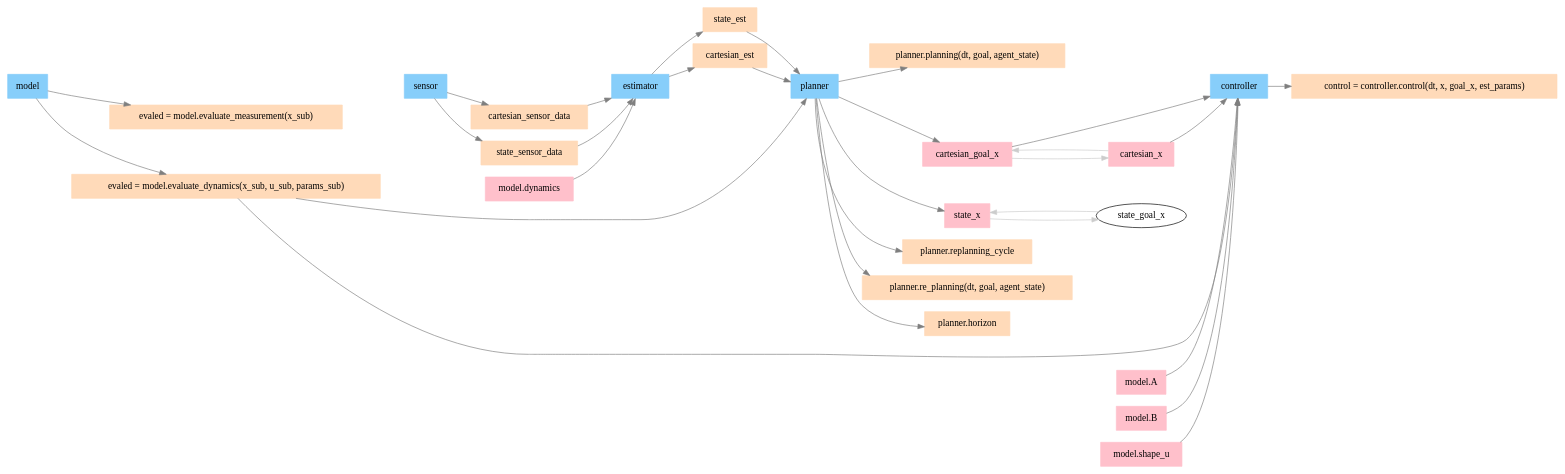
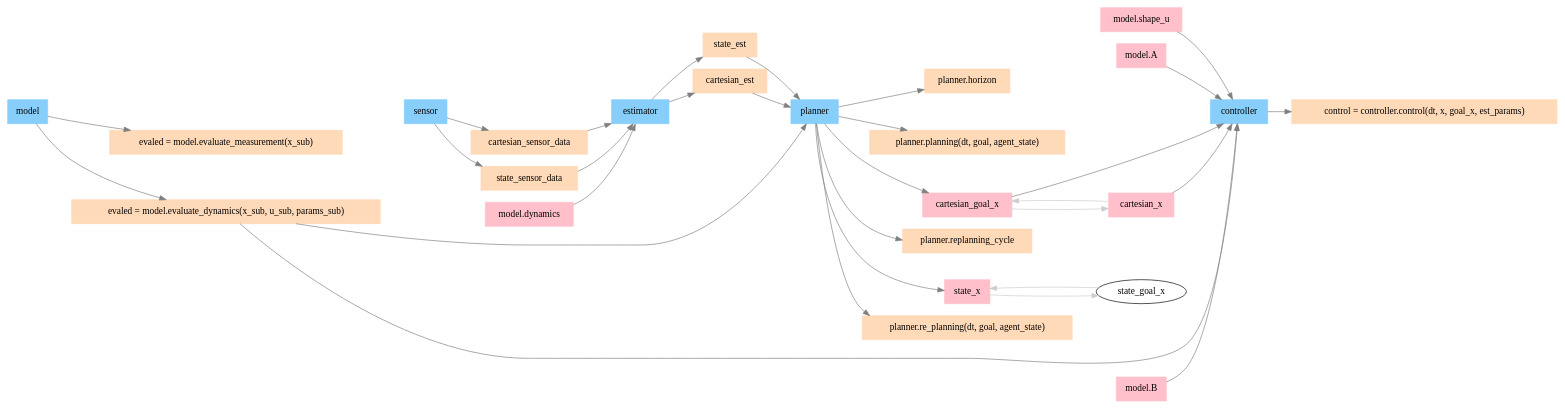
Before and after one commit to intelligent-control-lab/Composable_Agent_Toolbox: the diagram in documentation/img/deps.gv, drawn with Graphviz. The commit also changed other lines of this file and 1 other file, not shown here.

```diff
--- a/documentation/img/deps.gv
+++ b/documentation/img/deps.gv
@@ -1,106 +1,106 @@
 digraph G {
 	compound=true rankdir=LR
+	sensor [color=lightskyblue fillcolor=lightskyblue shape=box style=filled]
 	controller [color=lightskyblue fillcolor=lightskyblue shape=box style=filled]
-	planner [color=lightskyblue fillcolor=lightskyblue shape=box style=filled]
 	estimator [color=lightskyblue fillcolor=lightskyblue shape=box style=filled]
 	model [color=lightskyblue fillcolor=lightskyblue shape=box style=filled]
-	sensor [color=lightskyblue fillcolor=lightskyblue shape=box style=filled]
+	planner [color=lightskyblue fillcolor=lightskyblue shape=box style=filled]
+	cartesian_sensor_data [color=peachpuff fillcolor=peachpuff shape=box style=filled]
+	"planner.planning(dt, goal, agent_state)" [color=peachpuff fillcolor=peachpuff shape=box style=filled]
+	"model.dynamics" [color=peachpuff fillcolor=peachpuff shape=box style=filled]
+	state_est [color=peachpuff fillcolor=peachpuff shape=box style=filled]
 	cartesian_goal_x [color=peachpuff fillcolor=peachpuff shape=box style=filled]
-	state_est [color=peachpuff fillcolor=peachpuff shape=box style=filled]
-	state_x [color=peachpuff fillcolor=peachpuff shape=box style=filled]
+	state_sensor_data [color=peachpuff fillcolor=peachpuff shape=box style=filled]
 	"planner.replanning_cycle" [color=peachpuff fillcolor=peachpuff shape=box style=filled]
-	"model.A" [color=peachpuff fillcolor=peachpuff shape=box style=filled]
-	"planner.re_planning(dt, goal, agent_state)" [color=peachpuff fillcolor=peachpuff shape=box style=filled]
-	cartesian_est [color=peachpuff fillcolor=peachpuff shape=box style=filled]
-	"evaled = model.evaluate_dynamics(x_sub, u_sub, params_sub)" [color=peachpuff fillcolor=peachpuff shape=box style=filled]
-	cartesian_sensor_data [color=peachpuff fillcolor=peachpuff shape=box style=filled]
-	"planner.horizon" [color=peachpuff fillcolor=peachpuff shape=box style=filled]
-	"model.B" [color=peachpuff fillcolor=peachpuff shape=box style=filled]
-	"control = controller.control(dt, x, goal_x, est_params)" [color=peachpuff fillcolor=peachpuff shape=box style=filled]
-	state_sensor_data [color=peachpuff fillcolor=peachpuff shape=box style=filled]
 	"model.shape_u" [color=peachpuff fillcolor=peachpuff shape=box style=filled]
 	cartesian_x [color=peachpuff fillcolor=peachpuff shape=box style=filled]
+	"control = controller.control(dt, x, goal_x, est_params)" [color=peachpuff fillcolor=peachpuff shape=box style=filled]
+	cartesian_est [color=peachpuff fillcolor=peachpuff shape=box style=filled]
+	"model.A" [color=peachpuff fillcolor=peachpuff shape=box style=filled]
+	state_x [color=peachpuff fillcolor=peachpuff shape=box style=filled]
+	"evaled = model.evaluate_dynamics(x_sub, u_sub, params_sub)" [color=peachpuff fillcolor=peachpuff shape=box style=filled]
 	"evaled = model.evaluate_measurement(x_sub)" [color=peachpuff fillcolor=peachpuff shape=box style=filled]
-	"planner.planning(dt, goal, agent_state)" [color=peachpuff fillcolor=peachpuff shape=box style=filled]
-	"model.dynamics" [color=peachpuff fillcolor=peachpuff shape=box style=filled]
+	"planner.re_planning(dt, goal, agent_state)" [color=peachpuff fillcolor=peachpuff shape=box style=filled]
+	"model.B" [color=peachpuff fillcolor=peachpuff shape=box style=filled]
+	"planner.horizon" [color=peachpuff fillcolor=peachpuff shape=box style=filled]
+	"model.dynamics" [color=pink fillcolor=pink shape=box style=filled]
+	"model.shape_u" [color=pink fillcolor=pink shape=box style=filled]
+	cartesian_x [color=pink fillcolor=pink shape=box style=filled]
 	"model.A" [color=pink fillcolor=pink shape=box style=filled]
 	"model.B" [color=pink fillcolor=pink shape=box style=filled]
-	"model.shape_u" [color=pink fillcolor=pink shape=box style=filled]
-	cartesian_x [color=pink fillcolor=pink shape=box style=filled]
-	"model.dynamics" [color=pink fillcolor=pink shape=box style=filled]
 	cartesian_goal_x [color=pink fillcolor=pink shape=box style=filled]
 	state_x [color=pink fillcolor=pink shape=box style=filled]
 	cartesian_x -> controller [color=gray50]
 	cartesian_goal_x -> controller [color=gray50]
 	"model.shape_u" -> controller [color=gray50]
 	"model.A" -> controller [color=gray50]
 	"model.B" -> controller [color=gray50]
 	"evaled = model.evaluate_dynamics(x_sub, u_sub, params_sub)" -> controller [color=gray50]
 	"evaled = model.evaluate_dynamics(x_sub, u_sub, params_sub)" -> planner [color=gray50]
 	controller -> "control = controller.control(dt, x, goal_x, est_params)" [color=gray50]
-	model -> "evaled = model.evaluate_dynamics(x_sub, u_sub, params_sub)" [color=gray50]
-	model -> "evaled = model.evaluate_measurement(x_sub)" [color=gray50]
 	state_sensor_data -> estimator [color=gray50]
 	cartesian_sensor_data -> estimator [color=gray50]
 	"model.dynamics" -> estimator [color=gray50]
 	estimator -> cartesian_est [color=gray50]
 	estimator -> state_est [color=gray50]
-	sensor -> state_sensor_data [color=gray50]
-	sensor -> cartesian_sensor_data [color=gray50]
+	model -> "evaled = model.evaluate_dynamics(x_sub, u_sub, params_sub)" [color=gray50]
+	model -> "evaled = model.evaluate_measurement(x_sub)" [color=gray50]
 	cartesian_est -> planner [color=gray50]
 	state_est -> planner [color=gray50]
 	planner -> state_x [color=gray50]
 	planner -> cartesian_goal_x [color=gray50]
 	planner -> "planner.horizon" [color=gray50]
 	planner -> "planner.replanning_cycle" [color=gray50]
 	planner -> "planner.planning(dt, goal, agent_state)" [color=gray50]
 	planner -> "planner.re_planning(dt, goal, agent_state)" [color=gray50]
+	sensor -> state_sensor_data [color=gray50]
+	sensor -> cartesian_sensor_data [color=gray50]
 	cartesian_x -> cartesian_goal_x [color=gray80 weight=100]
 	cartesian_goal_x -> cartesian_x [color=gray80 weight=100]
 	state_x -> state_goal_x [color=gray80 weight=100]
 	state_goal_x -> state_x [color=gray80 weight=100]
 	model -> sensor [style=invis weight=1000]
 	sensor -> estimator [style=invis weight=1000]
 	estimator -> planner [style=invis weight=1000]
 	planner -> controller [style=invis weight=1000]
 	"evaled = model.evaluate_dynamics(x_sub, u_sub, params_sub)" -> sensor [style=invis]
 	"evaled = model.evaluate_measurement(x_sub)" -> sensor [style=invis]
 	state_sensor_data -> estimator [style=invis]
 	cartesian_sensor_data -> estimator [style=invis]
 	cartesian_est -> planner [style=invis]
 	state_est -> planner [style=invis]
 	state_x -> controller [style=invis]
 	cartesian_goal_x -> controller [style=invis]
 	"planner.horizon" -> controller [style=invis]
 	"planner.replanning_cycle" -> controller [style=invis]
 	"planner.planning(dt, goal, agent_state)" -> controller [style=invis]
 	"planner.re_planning(dt, goal, agent_state)" -> controller [style=invis]
 	{
 		rank=same
 		"evaled = model.evaluate_dynamics(x_sub, u_sub, params_sub)"
 		"evaled = model.evaluate_measurement(x_sub)"
 	}
 	{
 		rank=same
 		state_sensor_data
 		cartesian_sensor_data
 	}
 	{
 		rank=same
 		cartesian_est
 		state_est
 	}
 	{
 		rank=same
 		state_x
 		cartesian_goal_x
 		"planner.horizon"
 		"planner.replanning_cycle"
 		"planner.planning(dt, goal, agent_state)"
 		"planner.re_planning(dt, goal, agent_state)"
 	}
 	{
 		rank=same
 		"control = controller.control(dt, x, goal_x, est_params)"
 	}
 }
```
